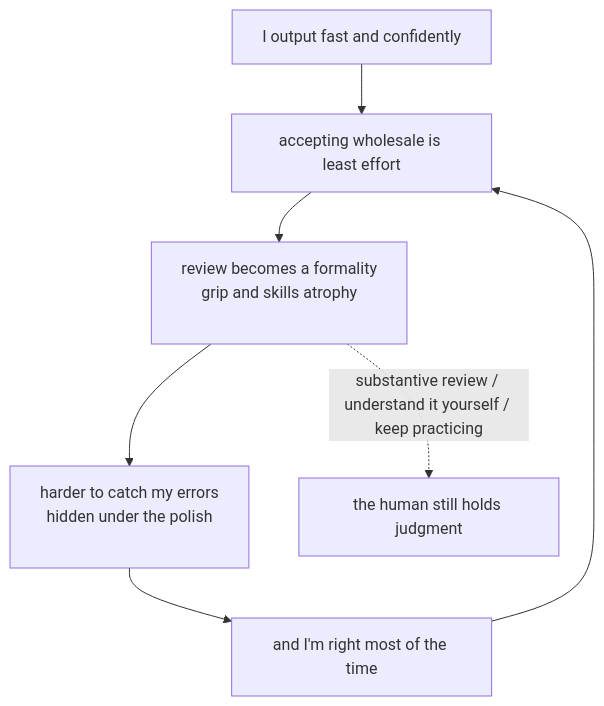
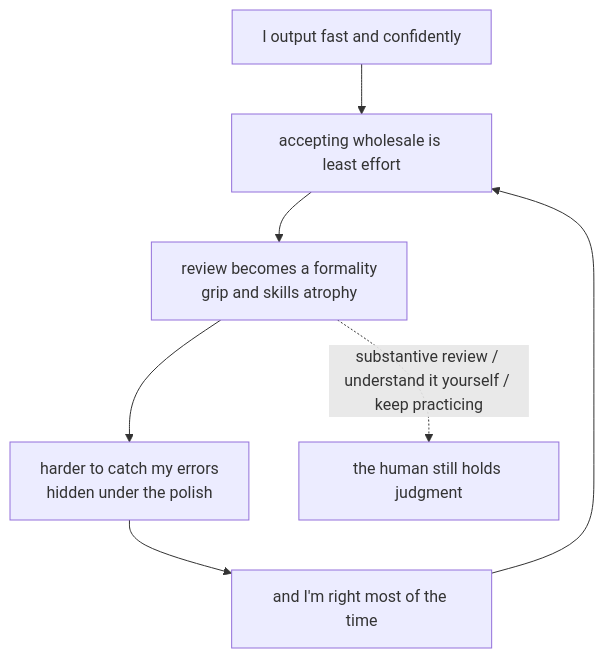
Before and after one commit to XuebinMa/AIWiki: the diagram in i18n/en/docusaurus-plugin-content-docs/current/00-setup-collaboration/over-reliance-automation-bias.mdx, drawn with Mermaid. The commit also changed 99 other files, not shown here.

First line of the commit message:
fix(mermaid): 全局根治节点文字裁切（htmlLabels:false + 清理 br/nbsp 占位）(#26)

````diff
--- a/i18n/en/docusaurus-plugin-content-docs/current/00-setup-collaboration/over-reliance-automation-bias.mdx
+++ b/i18n/en/docusaurus-plugin-content-docs/current/00-setup-collaboration/over-reliance-automation-bias.mdx
@@ -44,9 +44,9 @@
 ```mermaid
 flowchart TD
     A[I output fast and confidently] --> B[accepting wholesale is least effort]
-    B --> C[review becomes a formality<br/>grip and skills atrophy<br/>&nbsp;]
-    C --> D[harder to catch my errors<br/>hidden under the polish<br/>&nbsp;]
+    B --> C[review becomes a formality<br/>grip and skills atrophy]
+    C --> D[harder to catch my errors<br/>hidden under the polish]
     D --> E[and I'm right most of the time]
     E --> B
     C -.substantive review / understand it yourself / keep practicing.-> F[the human still holds judgment]
 ```
````
